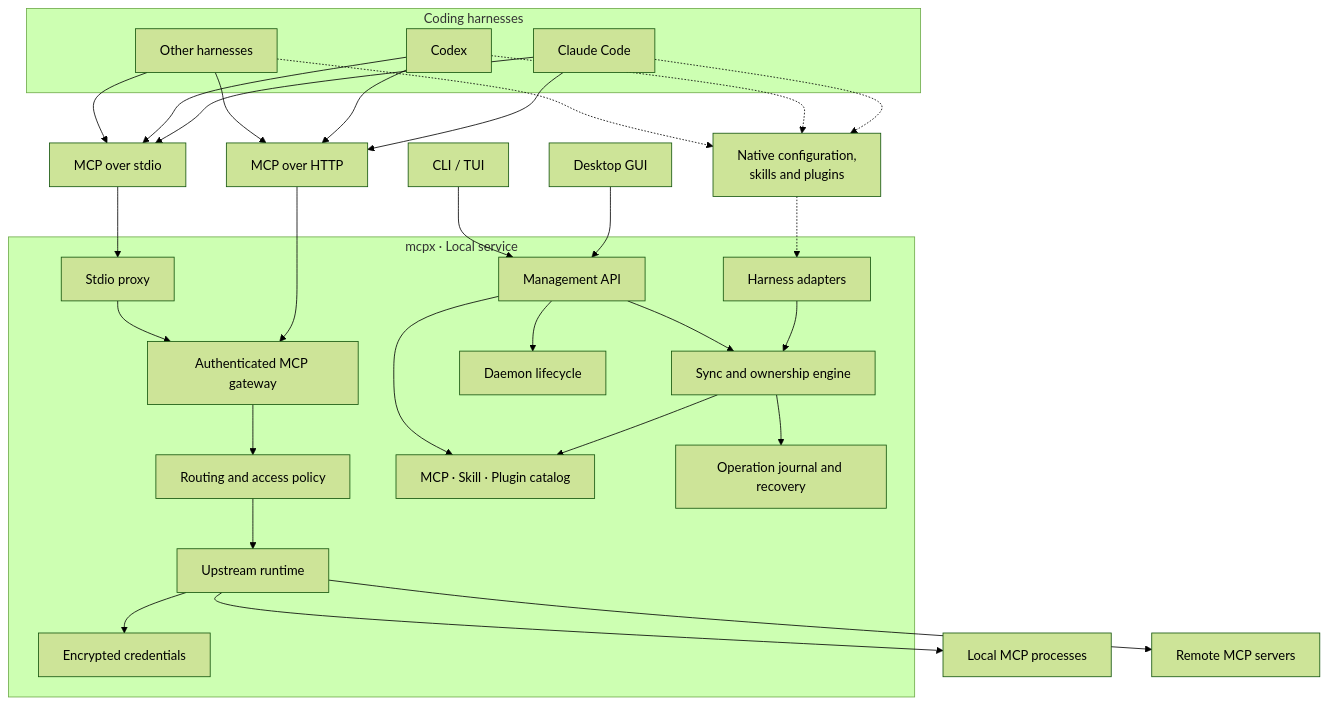
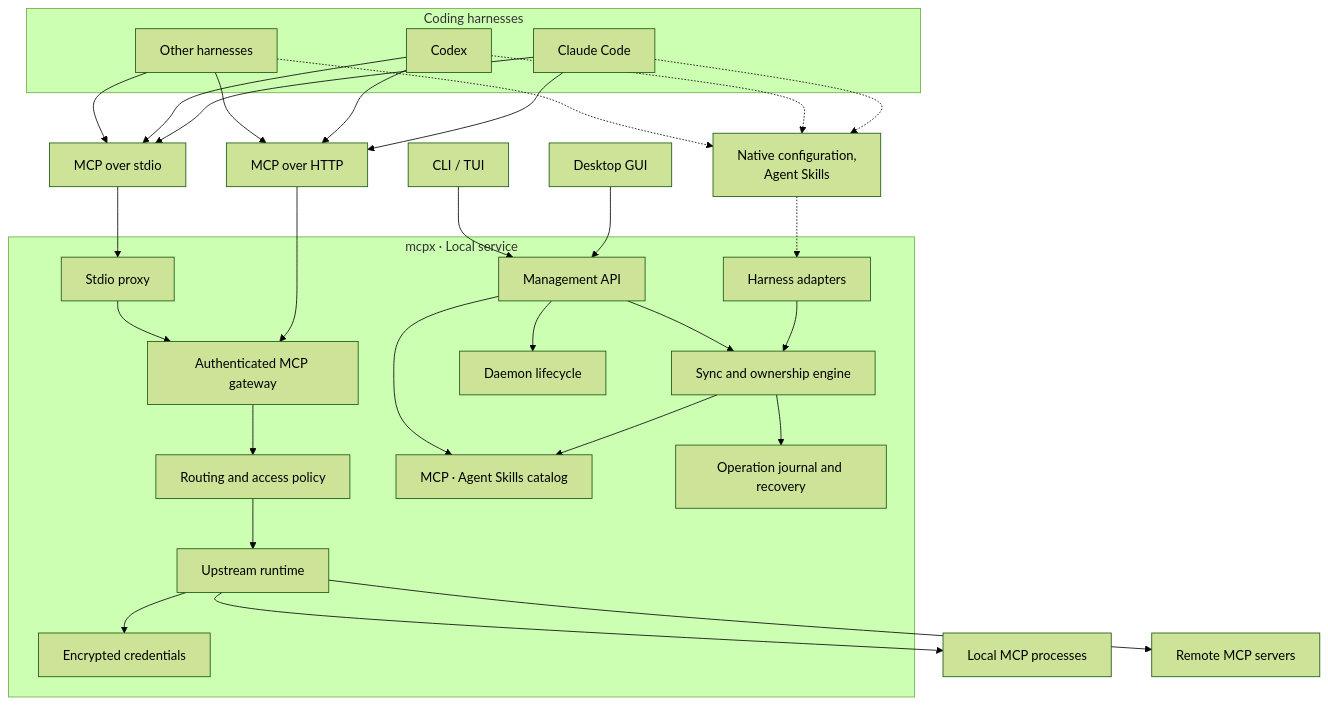
The diagram in README.md (kwonye/mcpx), drawn with Mermaid (forest theme) before and after one commit. The commit also changed other lines of this file and 50 other files, not shown here.

Commit message:
feat: standardize agent content and add managed plugin marketplaces

````diff
--- a/README.md
+++ b/README.md
@@ -374,38 +414,38 @@
 ```mermaid
 flowchart TB
     subgraph Harnesses["Coding harnesses"]
         Claude["Claude Code"]
         Codex["Codex"]
         Others["Other harnesses"]
     end
 
     Claude & Codex & Others --> HTTP["MCP over HTTP"]
     Claude & Codex & Others --> Stdio["MCP over stdio"]
-    Claude & Codex & Others -.-> Native["Native configuration,<br/>skills and plugins"]
+    Claude & Codex & Others -.-> Native["Native configuration,<br/>Agent Skills"]
 
     HTTP --> Gateway
     Stdio --> Proxy
     Native -.-> Adapters
 
     subgraph MCPX["mcpx · Local service"]
         Proxy["Stdio proxy"] --> Gateway["Authenticated MCP gateway"]
 
         Gateway --> Router["Routing and access policy"]
         Router --> Runtime["Upstream runtime"]
         Runtime --> Secrets["Encrypted credentials"]
 
         Adapters["Harness adapters"] --> Sync["Sync and ownership engine"]
-        Sync --> Catalog["MCP · Skill · Plugin catalog"]
+        Sync --> Catalog["MCP · Agent Skills catalog"]
         Sync --> Recovery["Operation journal and recovery"]
 
         Control["Management API"] --> Catalog
         Control --> Sync
         Control --> Lifecycle["Daemon lifecycle"]
     end
 
     Runtime --> Local["Local MCP processes"]
     Runtime --> Remote["Remote MCP servers"]
 
     GUI["Desktop GUI"] --> Control
     TUI["CLI / TUI"] --> Control
 ```
````
